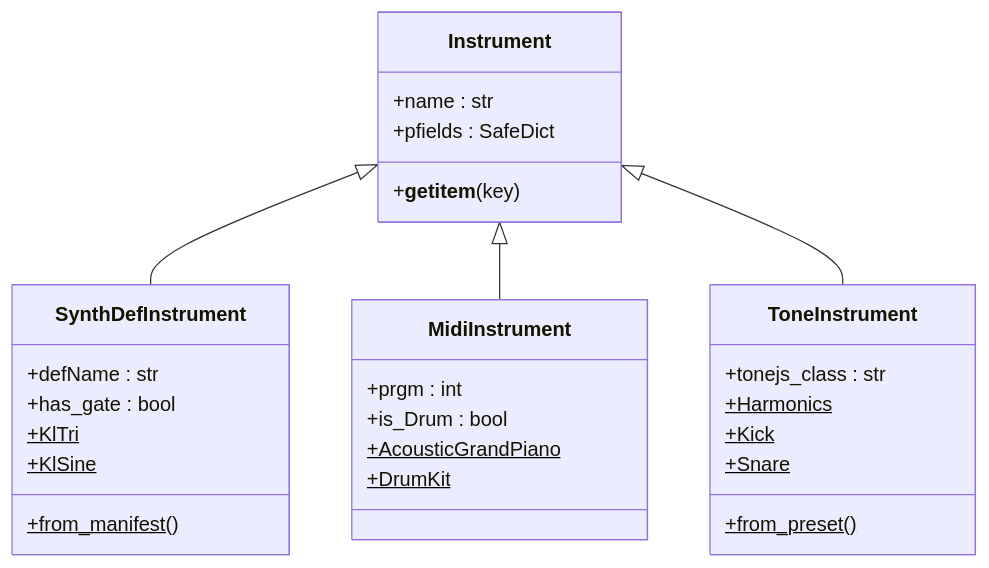
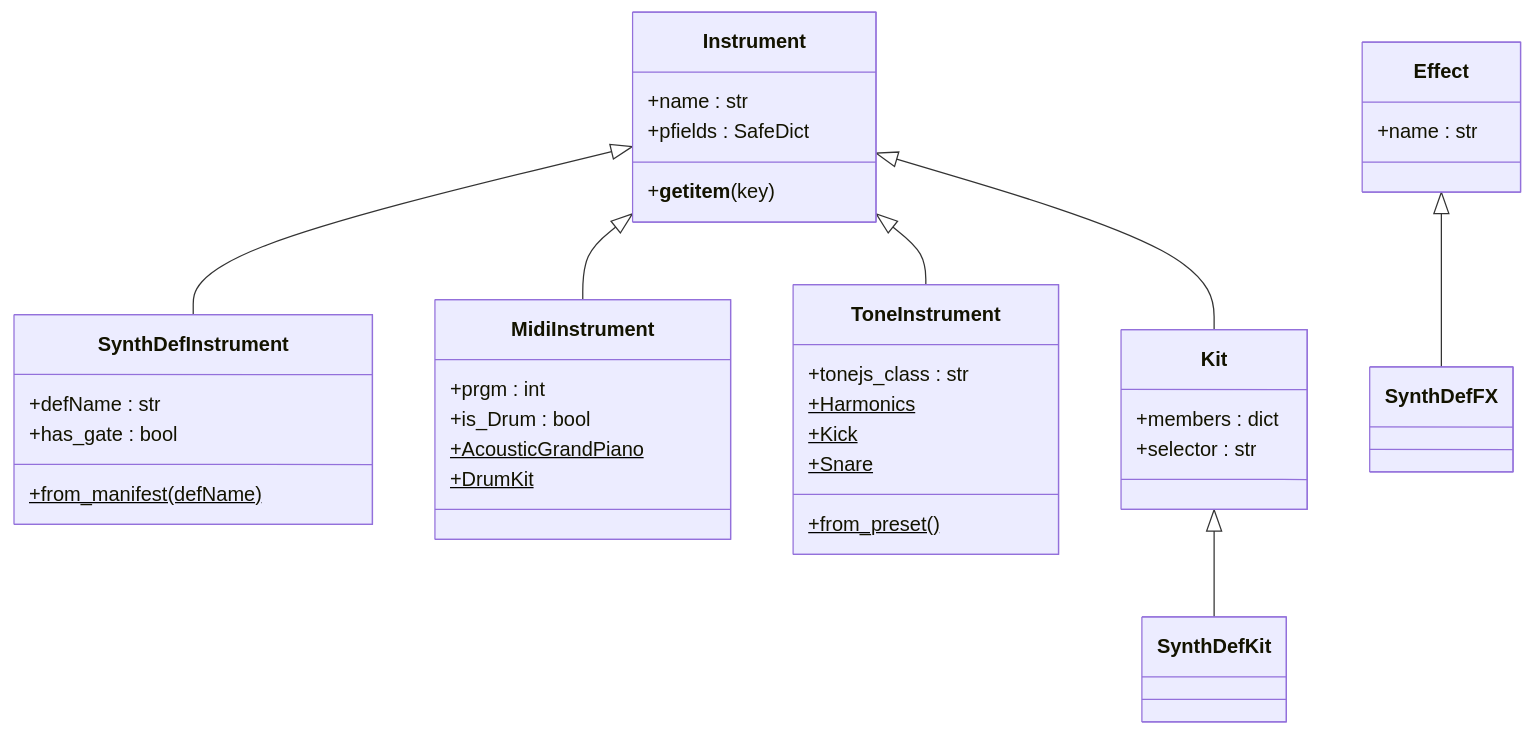
Before and after one commit to kr4g/Klotho: the sixth of 9 diagrams in docs/architecture/05_THETOS.md, drawn with Mermaid. The commit also changed other lines of this file and 13 other files, not shown here.

First line of the commit message:
Overhaul architecture docs for Klotho 10.x API

````diff
--- a/docs/architecture/05_THETOS.md
+++ b/docs/architecture/05_THETOS.md
@@ -247,35 +281,45 @@
 ```mermaid
 classDiagram
     class Instrument {
         +name : str
         +pfields : SafeDict
         +__getitem__(key)
     }
 
     Instrument <|-- SynthDefInstrument
     Instrument <|-- MidiInstrument
     Instrument <|-- ToneInstrument
+    Instrument <|-- Kit
+    Kit <|-- SynthDefKit
+    Effect <|-- SynthDefFX
 
     class SynthDefInstrument {
         +defName : str
         +has_gate : bool
-        +from_manifest()$
-        +KlTri$
-        +KlSine$
+        +from_manifest(defName)$
     }
 
     class MidiInstrument {
         +prgm : int
         +is_Drum : bool
         +AcousticGrandPiano$
         +DrumKit$
     }
 
     class ToneInstrument {
         +tonejs_class : str
         +from_preset()$
         +Harmonics$
         +Kick$
         +Snare$
     }
+
+    class Kit {
+        +members : dict
+        +selector : str
+    }
+
+    class Effect {
+        +name : str
+    }
 ```
````
